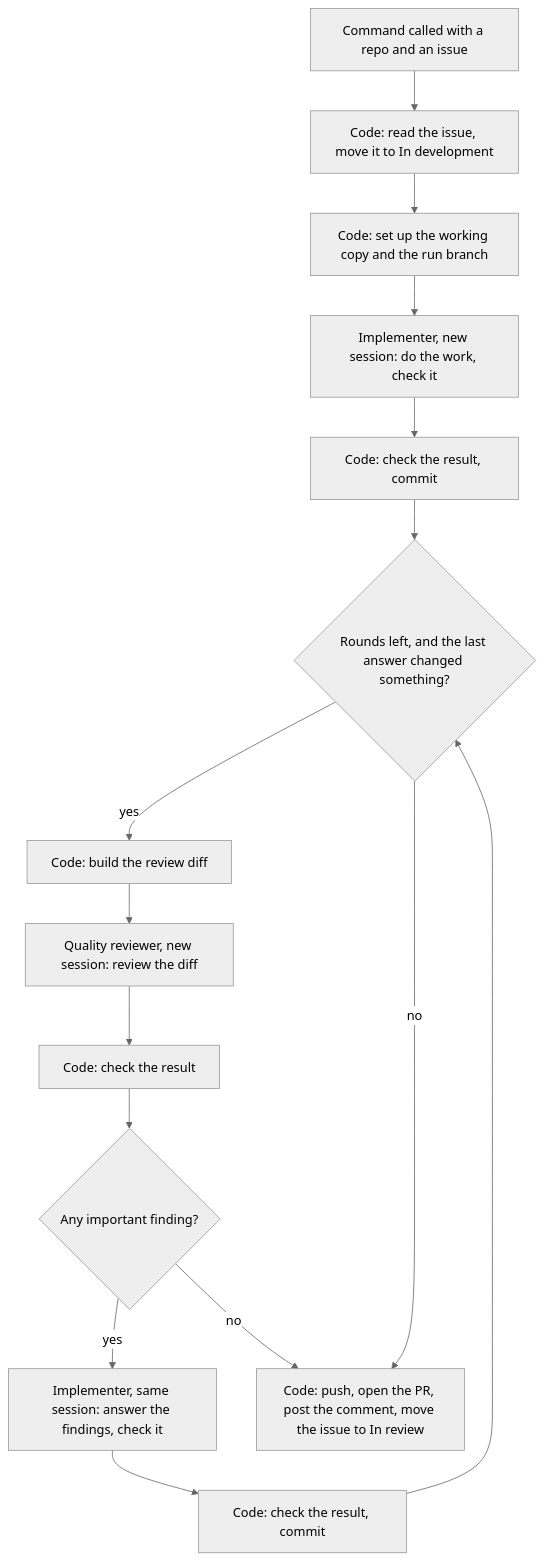
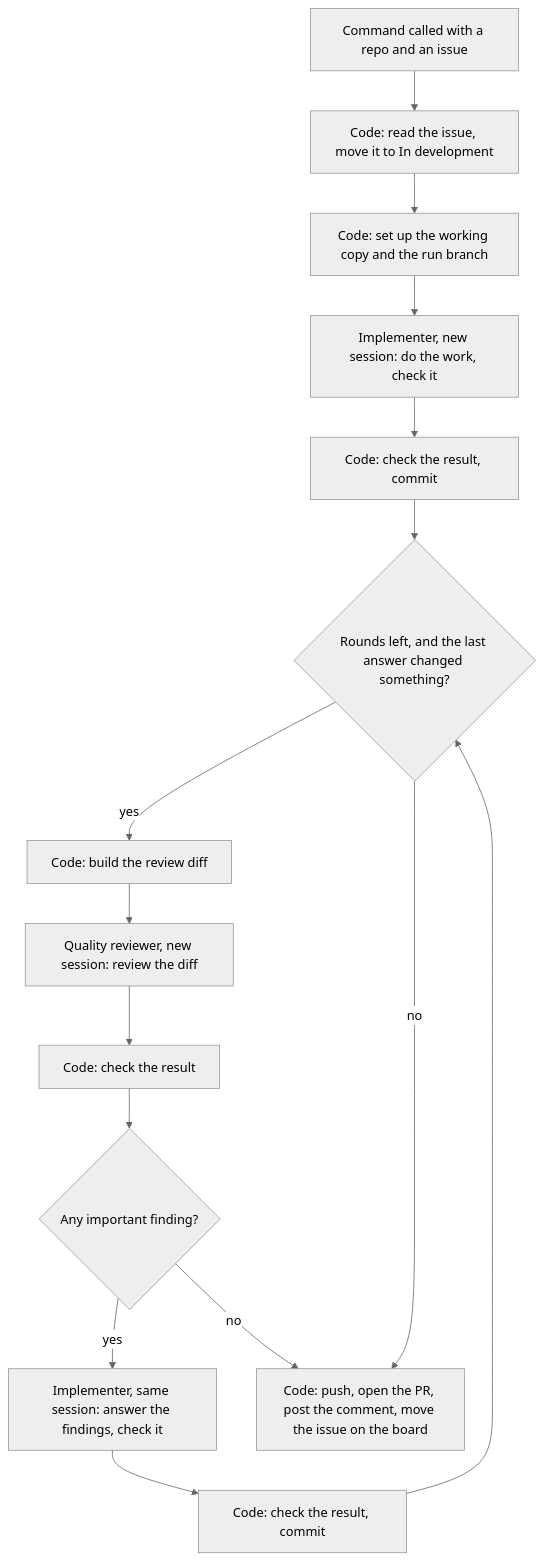
The diagram in docs/blueprints/implementation-loop.md (nimbusscale/software-factory), drawn with Mermaid (neutral theme) before and after one commit. The commit also changed other lines of this file and 50 other files, not shown here.

````diff
--- a/docs/blueprints/implementation-loop.md
+++ b/docs/blueprints/implementation-loop.md
@@ -20,17 +20,17 @@
 ```mermaid
 flowchart TD
     A[Command called with a repo and an issue] --> B[Code: read the issue, move it to In development]
     B --> C[Code: set up the working copy and the run branch]
     C --> D[Implementer, new session: do the work, check it]
     D --> E[Code: check the result, commit]
     E --> F{Rounds left, and the last answer changed something?}
     F -- yes --> G[Code: build the review diff]
     G --> H[Quality reviewer, new session: review the diff]
     H --> I[Code: check the result]
     I --> M{Any important finding?}
     M -- yes --> J[Implementer, same session: answer the findings, check it]
     M -- no --> L
     J --> K[Code: check the result, commit]
     K --> F
-    F -- no --> L[Code: push, open the PR, post the comment, move the issue to In review]
+    F -- no --> L[Code: push, open the PR, post the comment, move the issue on the board]
 ```
````
